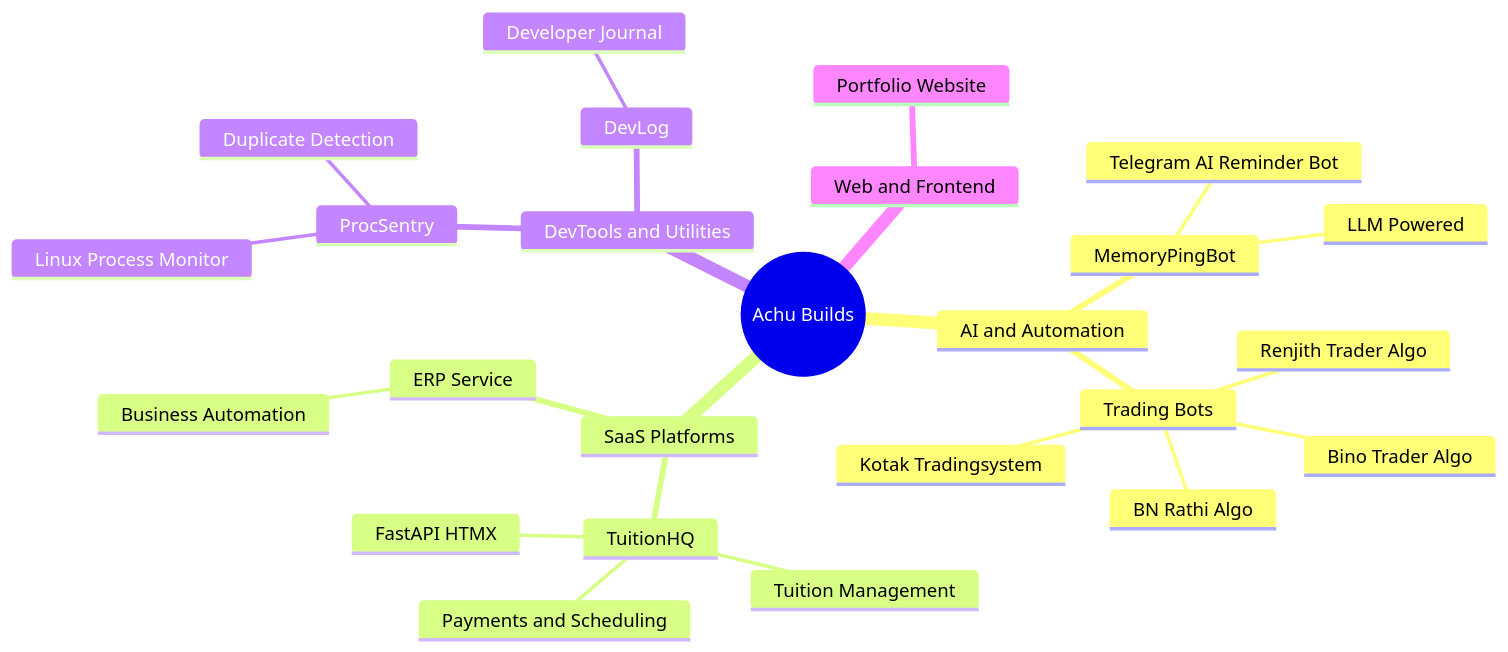
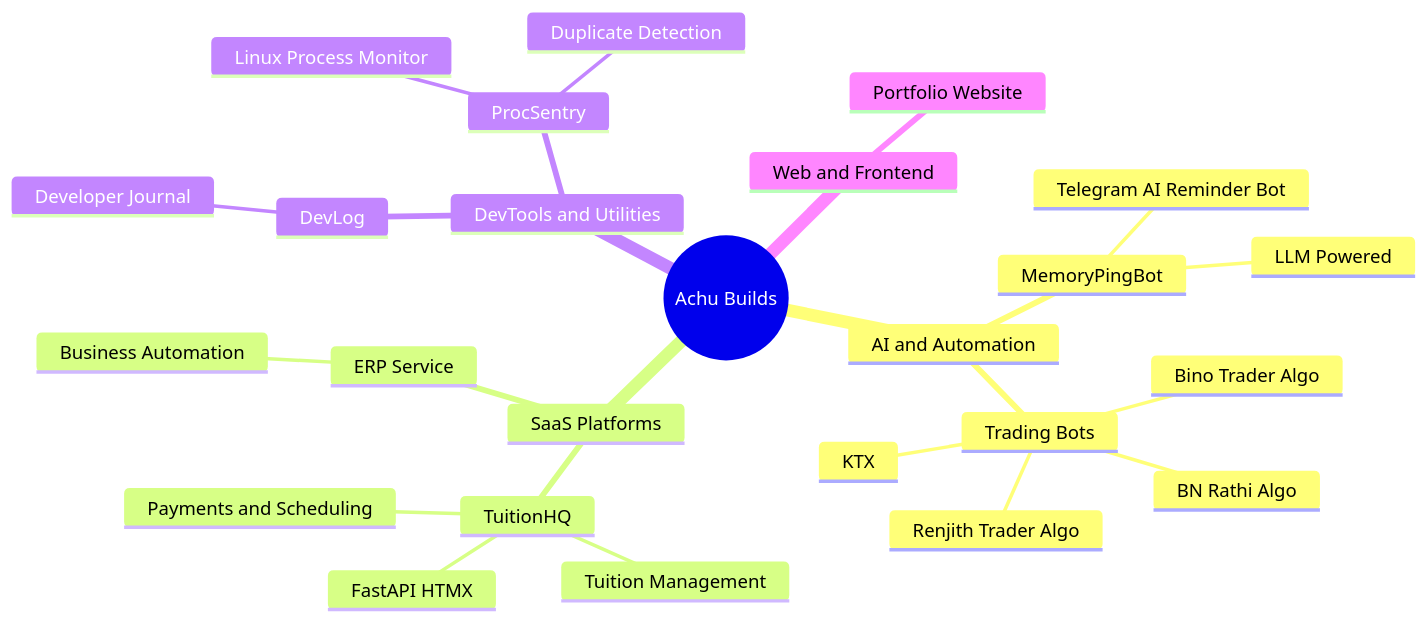
One commit to achuvijayakumar/achuvijayakumar changed the first of 2 diagrams in README.md. Above: the diagram before and after it, drawn with Mermaid. The commit also changed other lines of this file, not shown here.

Commit message:
Update project list in README.md

````diff
--- a/README.md
+++ b/README.md
@@ -82,28 +82,28 @@
 ```mermaid
 mindmap
   root((Achu Builds))
     AI and Automation
       MemoryPingBot
         Telegram AI Reminder Bot
         LLM Powered
       Trading Bots
-        Kotak Tradingsystem
+        KTX
         Bino Trader Algo
         BN Rathi Algo
         Renjith Trader Algo
     SaaS Platforms
       TuitionHQ
         Tuition Management
         FastAPI HTMX
         Payments and Scheduling
       ERP Service
         Business Automation
     DevTools and Utilities
       ProcSentry
         Linux Process Monitor
         Duplicate Detection
       DevLog
         Developer Journal
     Web and Frontend
       Portfolio Website
 ```
````
